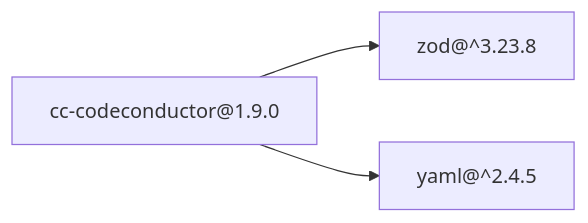
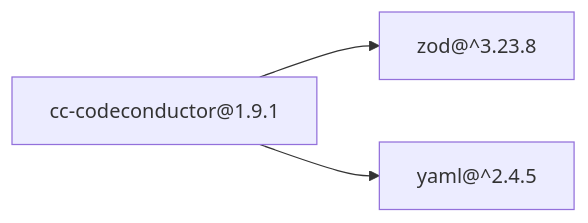
Before and after one commit to lgzarturo/codeconductor: the diagram in README.md, drawn with Mermaid. The commit also changed other lines of this file and 5 other files, not shown here.

````diff
--- a/README.md
+++ b/README.md
@@ -348,8 +348,8 @@
 ```mermaid
 graph LR
-  cc["cc-codeconductor@1.9.0"]
+  cc["cc-codeconductor@1.9.1"]
   zod["zod@^3.23.8"]
   yaml["yaml@^2.4.5"]
   cc --> zod
   cc --> yaml
 ```
````
